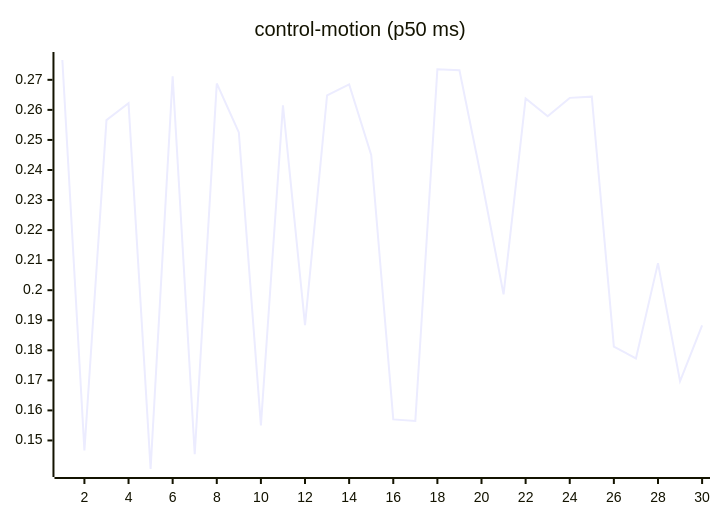
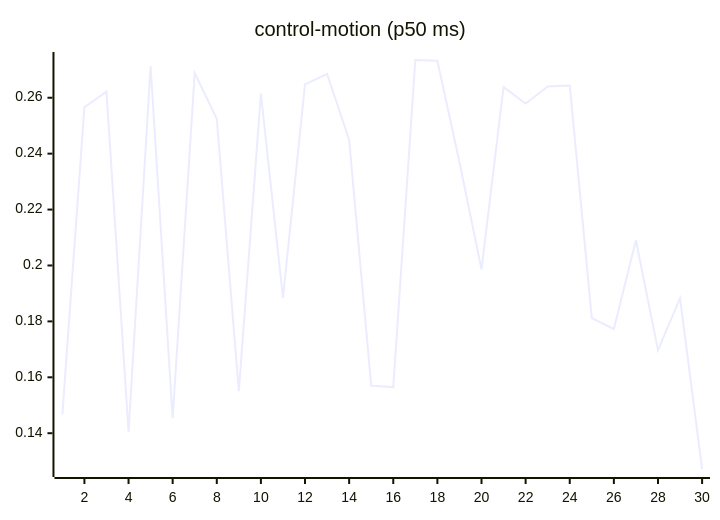
Before and after one commit to josha/Facet: the seventh of 27 diagrams in README.md, drawn with Mermaid. The commit also changed other lines of this file and 2 other files, not shown here.

````diff
--- a/README.md
+++ b/README.md
@@ -105,6 +105,6 @@
 ```mermaid
 xychart-beta
     title "control-motion (p50 ms)"
     x-axis 1 --> 30
-    line [0.2766, 0.1467, 0.2566, 0.2622, 0.1405, 0.2712, 0.1454, 0.2688, 0.2525, 0.1550, 0.2615, 0.1884, 0.2648, 0.2685, 0.2450, 0.1570, 0.1565, 0.2735, 0.2732, 0.2370, 0.1986, 0.2638, 0.2579, 0.2640, 0.2644, 0.1812, 0.1773, 0.2090, 0.1697, 0.1883]
+    line [0.1467, 0.2566, 0.2622, 0.1405, 0.2712, 0.1454, 0.2688, 0.2525, 0.1550, 0.2615, 0.1884, 0.2648, 0.2685, 0.2450, 0.1570, 0.1565, 0.2735, 0.2732, 0.2370, 0.1986, 0.2638, 0.2579, 0.2640, 0.2644, 0.1812, 0.1773, 0.2090, 0.1697, 0.1883, 0.1272]
 ```
````
